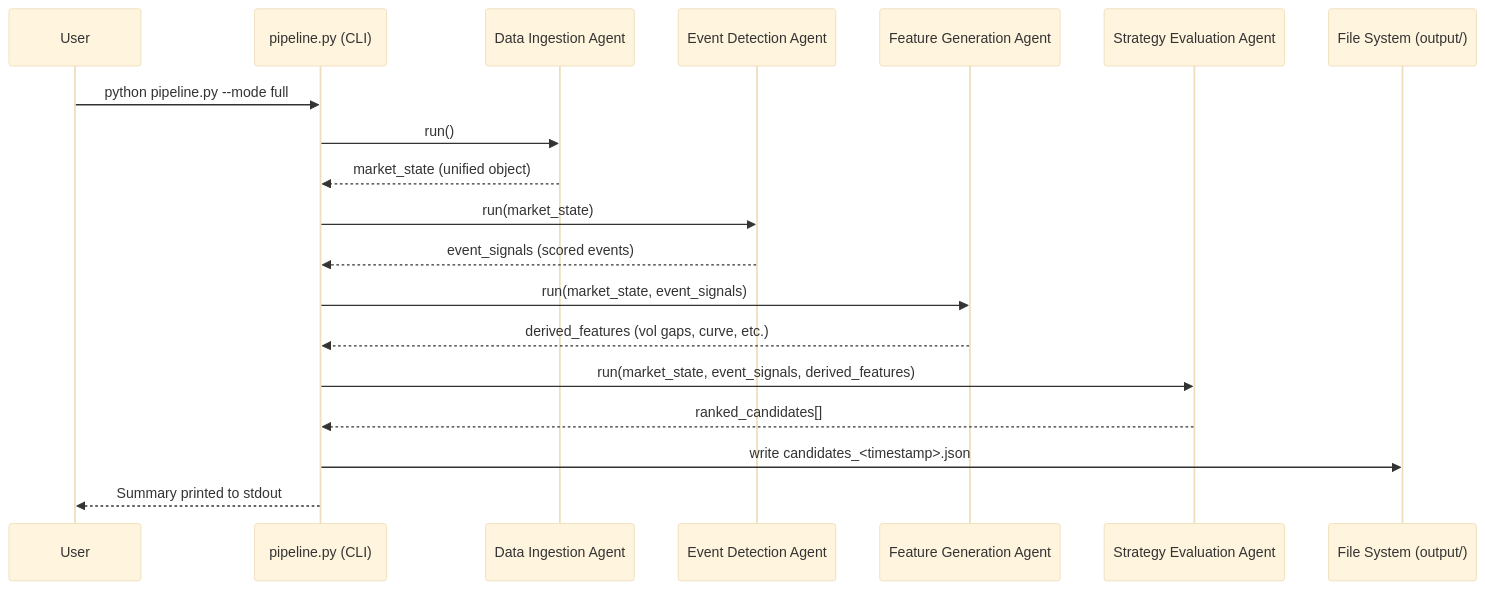
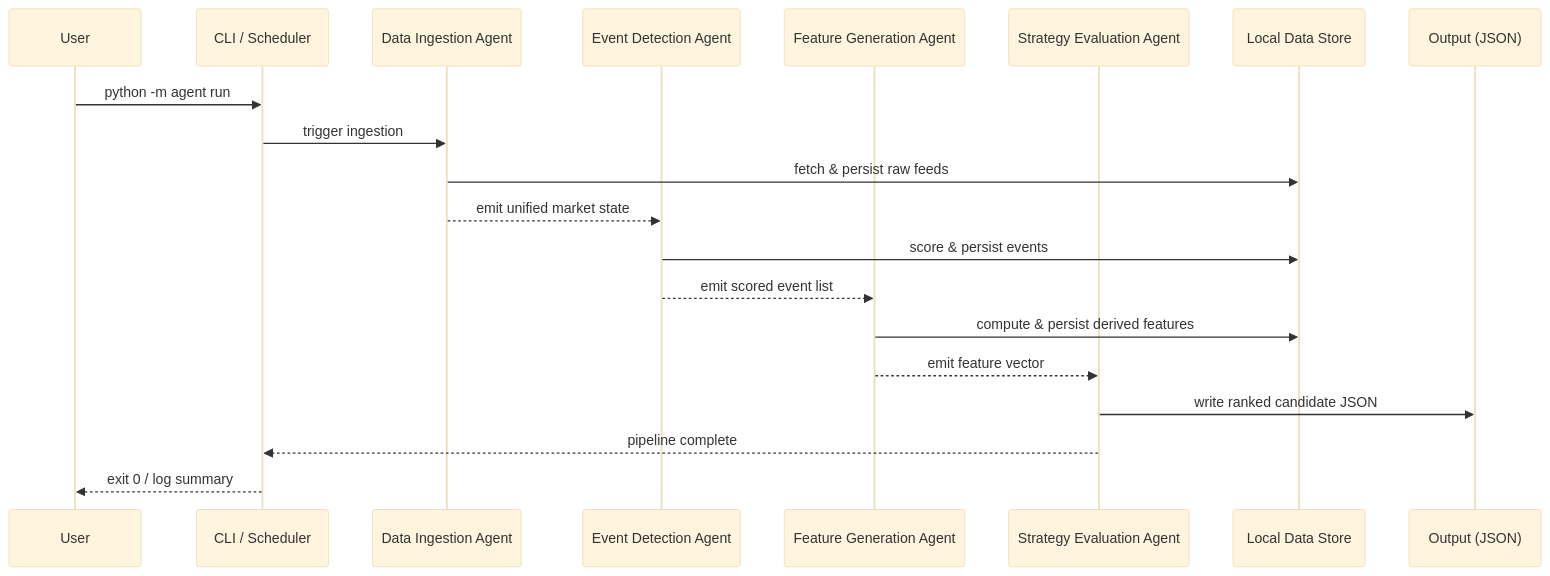
The second of 2 diagrams in docs/generated/user_guide_full-pipeline.md (jeisenback/golden_boy_peanuts), drawn with Mermaid (base theme) before and after one commit. The commit also changed other lines of this file, not shown here.

Commit message:
docs: regenerate user guide [skip ci]

````diff
--- a/docs/generated/user_guide_full-pipeline.md
+++ b/docs/generated/user_guide_full-pipeline.md
@@ -237,22 +210,23 @@
 ```mermaid
 sequenceDiagram
     participant User
-    participant CLI as pipeline.py (CLI)
+    participant CLI as CLI / Scheduler
     participant DIA as Data Ingestion Agent
     participant EDA as Event Detection Agent
     participant FGA as Feature Generation Agent
     participant SEA as Strategy Evaluation Agent
-    participant FS as File System (output/)
+    participant Store as Local Data Store
+    participant Out as Output (JSON)
 
-    User->>CLI: python pipeline.py --mode full
-    CLI->>DIA: run()
-    DIA-->>CLI: market_state (unified object)
-    CLI->>EDA: run(market_state)
-    EDA-->>CLI: event_signals (scored events)
-    CLI->>FGA: run(market_state, event_signals)
-    FGA-->>CLI: derived_features (vol gaps, curve, etc.)
-    CLI->>SEA: run(market_state, event_signals, derived_features)
-    SEA-->>CLI: ranked_candidates[]
-    CLI->>FS: write candidates_<timestamp>.json
-    CLI-->>User: Summary printed to stdout
+    User->>CLI: python -m agent run
+    CLI->>DIA: trigger ingestion
+    DIA->>Store: fetch & persist raw feeds
+    DIA-->>EDA: emit unified market state
+    EDA->>Store: score & persist events
+    EDA-->>FGA: emit scored event list
+    FGA->>Store: compute & persist derived features
+    FGA-->>SEA: emit feature vector
+    SEA->>Out: write ranked candidate JSON
+    SEA-->>CLI: pipeline complete
+    CLI-->>User: exit 0 / log summary
 ```
````
